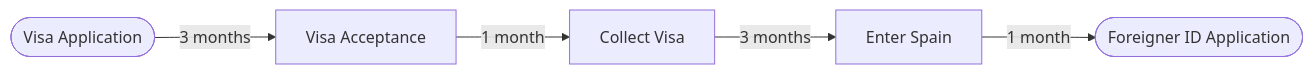
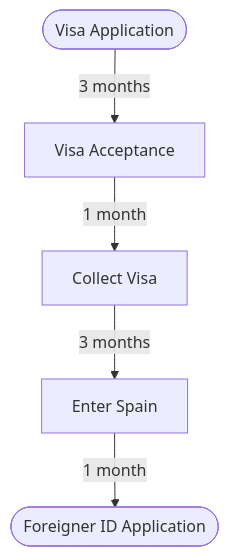
Before and after one commit to bdn007/bdn007: the diagram in content/posts/2025-06-04-non-lucrative-visa.md, drawn with Mermaid. The commit also changed 1 other file, not shown here.

Commit message:
change mermaid from horizontal to vertical

```diff
--- a/content/posts/2025-06-04-non-lucrative-visa.md
+++ b/content/posts/2025-06-04-non-lucrative-visa.md
@@ -21,7 +21,7 @@
 {{< mermaid >}}
-graph LR;
+graph TD;
     A([Visa Application])-->|3 months| B[Visa Acceptance]
     B --> | 1 month | C[Collect Visa]
     C -->| 3 months | D[Enter Spain]
     D -->| 1 month | E([Foreigner ID Application])
 {{< /mermaid >}}
```
